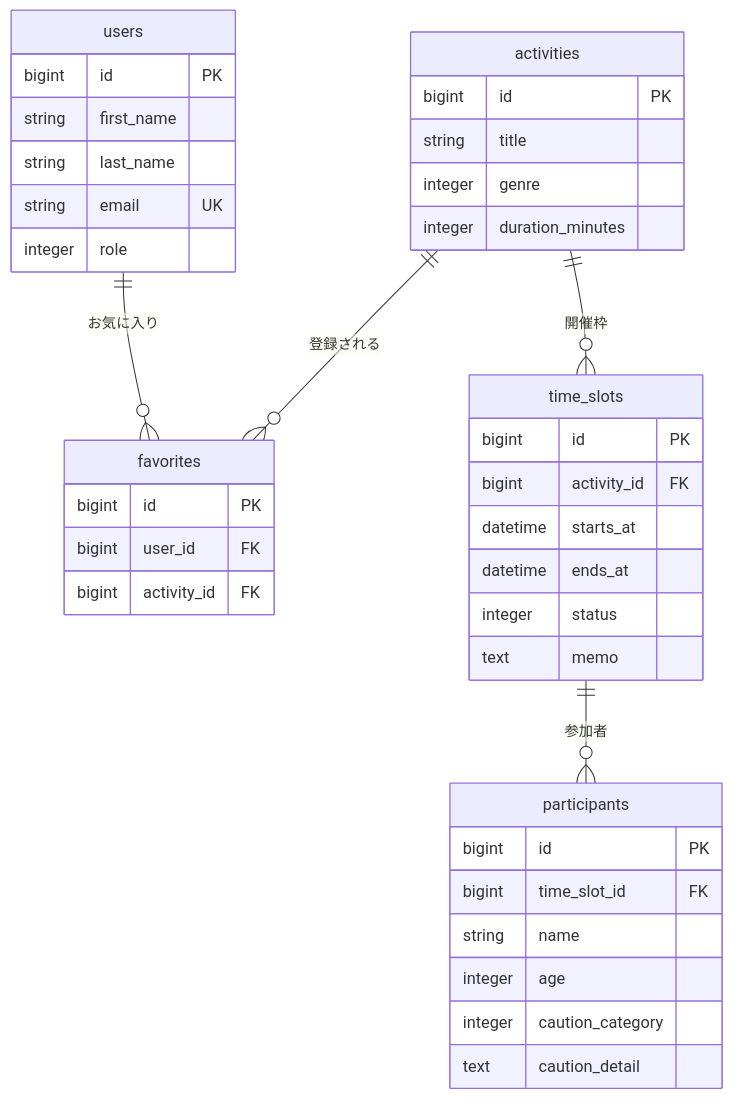
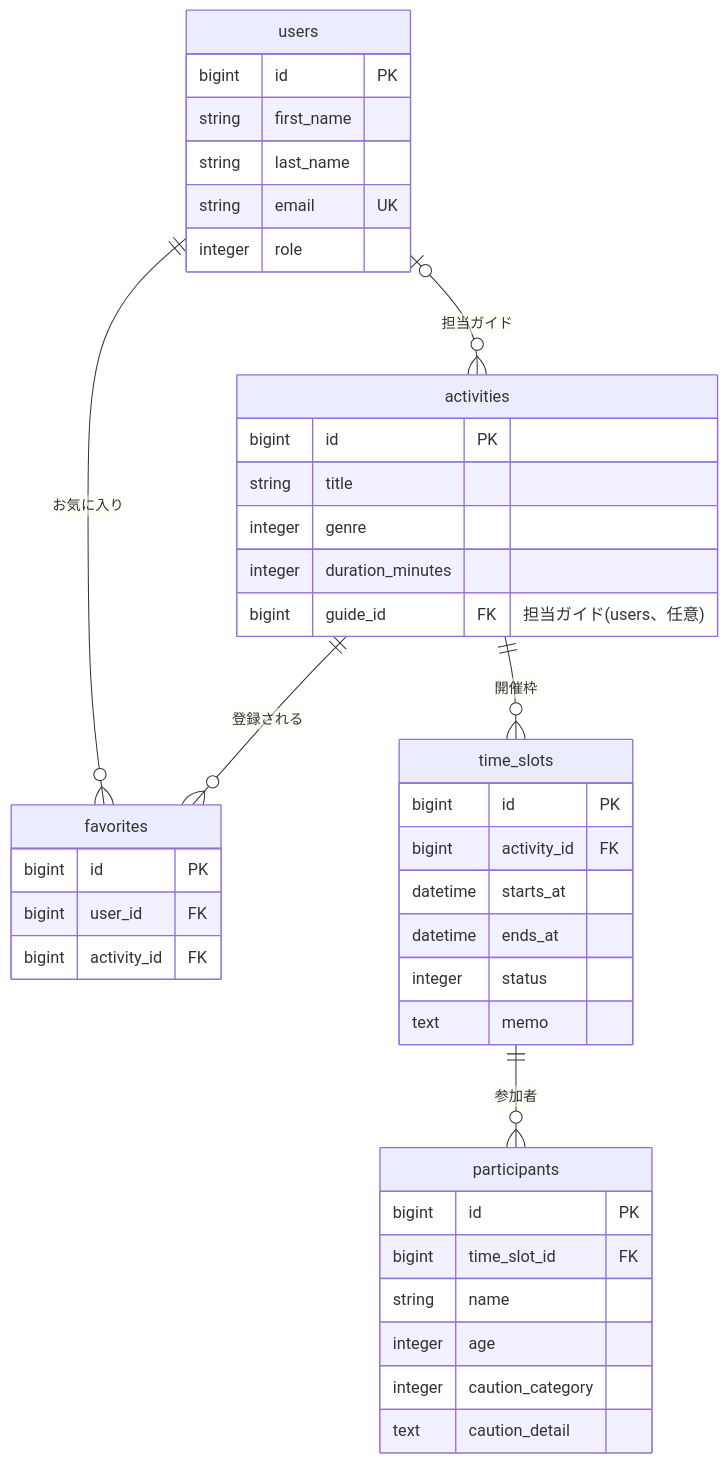
The second of 2 diagrams in README.md (kame-888/activity_guidetool_app), drawn with Mermaid before and after one commit. The commit also changed 4 other files, not shown here.

````diff
--- a/README.md
+++ b/README.md
@@ -86,42 +86,44 @@
 ```mermaid
 erDiagram
     users ||--o{ favorites : "お気に入り"
+    users |o--o{ activities : "担当ガイド"
     activities ||--o{ favorites : "登録される"
     activities ||--o{ time_slots : "開催枠"
     time_slots ||--o{ participants : "参加者"
 
     users {
         bigint id PK
         string first_name
         string last_name
         string email UK
         integer role
     }
     activities {
         bigint id PK
         string title
         integer genre
         integer duration_minutes
+        bigint guide_id FK "担当ガイド(users、任意)"
     }
     time_slots {
         bigint id PK
         bigint activity_id FK
         datetime starts_at
         datetime ends_at
         integer status
         text memo
     }
     participants {
         bigint id PK
         bigint time_slot_id FK
         string name
         integer age
         integer caution_category
         text caution_detail
     }
     favorites {
         bigint id PK
         bigint user_id FK
         bigint activity_id FK
     }
 ```
````
